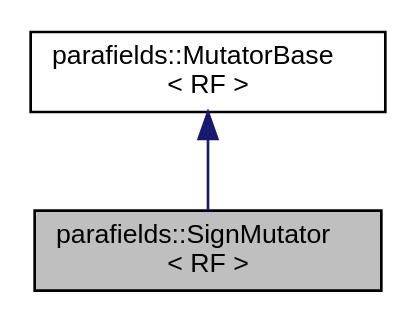
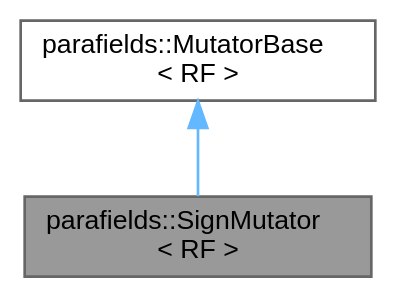
One commit to parafields/parafields-core changed the diagram in a01052.dot. Above: the diagram before and after it, drawn with Graphviz. The commit also changed 509 other files, not shown here.

```diff
--- a/a01052.dot
+++ b/a01052.dot
@@ -1,9 +1,10 @@
 digraph "parafields::SignMutator&lt; RF &gt;"
 {
  // LATEX_PDF_SIZE
-  edge [fontname="Helvetica",fontsize="10",labelfontname="Helvetica",labelfontsize="10"];
-  node [fontname="Helvetica",fontsize="10",shape=record];
-  Node1 [label="parafields::SignMutator\l\< RF \>",height=0.2,width=0.4,color="black", fillcolor="grey75", style="filled", fontcolor="black",tooltip="Replaces value with its sign (-1 for negative, +1 for nonnegative)"];
-  Node2 -> Node1 [dir="back",color="midnightblue",fontsize="10",style="solid",fontname="Helvetica"];
-  Node2 [label="parafields::MutatorBase\l\< RF \>",height=0.2,width=0.4,color="black", fillcolor="white", style="filled",URL="$a01037.html",tooltip="Abstract base class for value transformations."];
+  bgcolor="transparent";
+  edge [fontname=Helvetica,fontsize=10,labelfontname=Helvetica,labelfontsize=10];
+  node [fontname=Helvetica,fontsize=10,shape=box,height=0.2,width=0.4];
+  Node1 [id="Node000001",label="parafields::SignMutator\l\< RF \>",height=0.2,width=0.4,color="gray40", fillcolor="grey60", style="filled", fontcolor="black",tooltip="Replaces value with its sign (-1 for negative, +1 for nonnegative)"];
+  Node2 -> Node1 [id="edge1_Node000001_Node000002",dir="back",color="steelblue1",style="solid",tooltip=" "];
+  Node2 [id="Node000002",label="parafields::MutatorBase\l\< RF \>",height=0.2,width=0.4,color="gray40", fillcolor="white", style="filled",URL="$a01037.html",tooltip="Abstract base class for value transformations."];
 }
```
